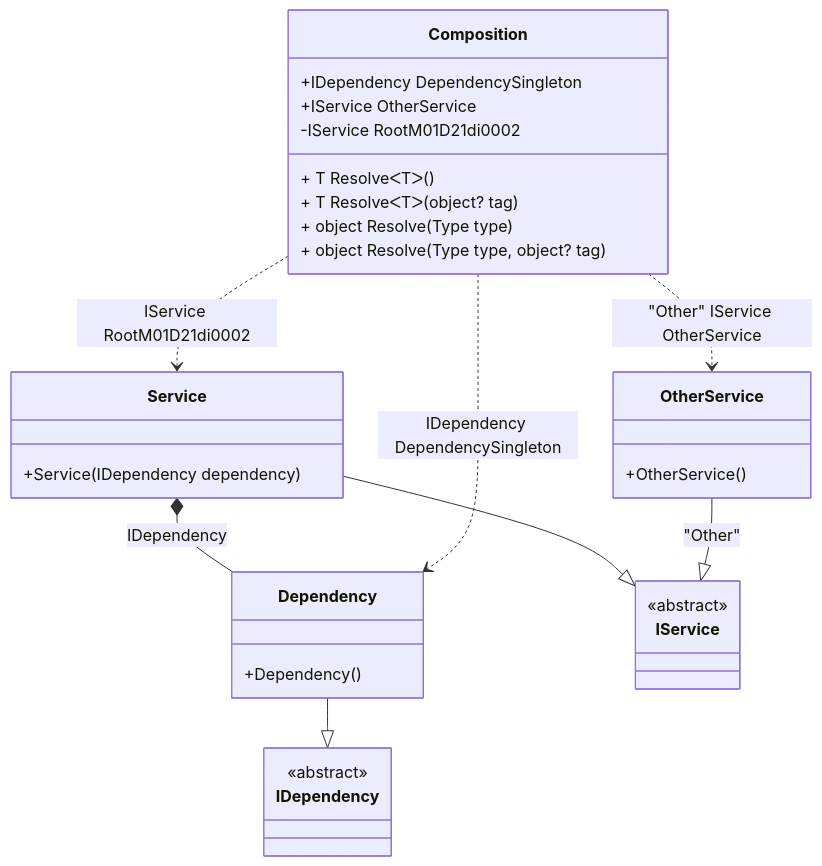
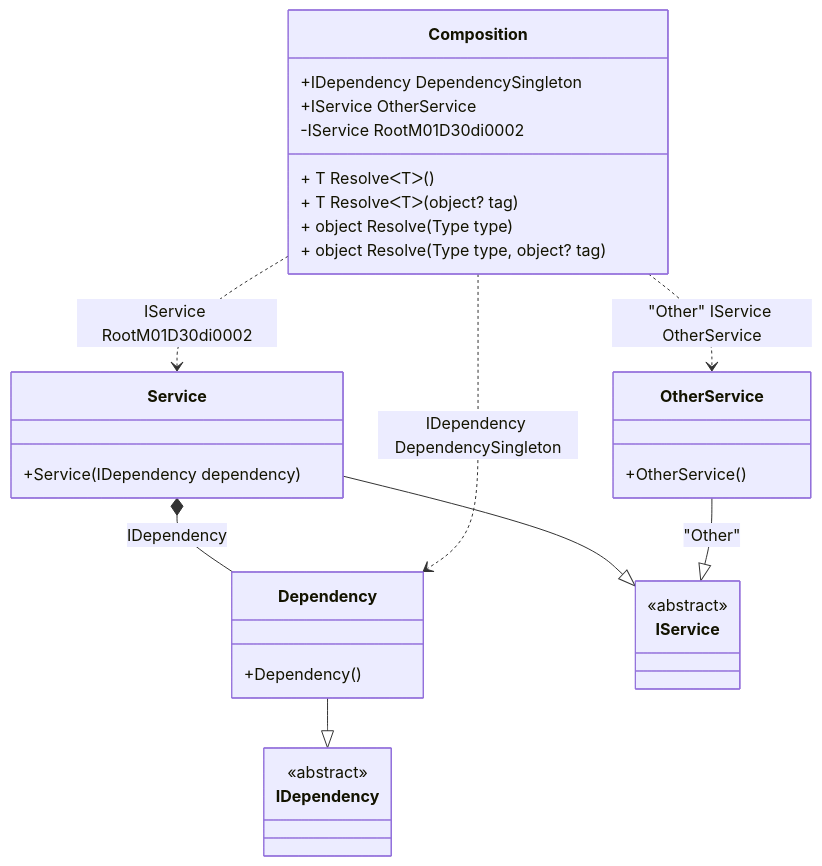
Before and after one commit to DevTeam/Pure.DI: the diagram in readme/resolve-methods.md, drawn with Mermaid. The commit also changed other lines of this file and 92 other files, not shown here.

````diff
--- a/readme/resolve-methods.md
+++ b/readme/resolve-methods.md
@@ -45,34 +43,34 @@
 ```mermaid
 classDiagram
   class Composition {
     +IDependency DependencySingleton
     +IService OtherService
-    -IService RootM01D21di0002
+    -IService RootM01D30di0002
     + T ResolveᐸTᐳ()
     + T ResolveᐸTᐳ(object? tag)
     + object Resolve(Type type)
     + object Resolve(Type type, object? tag)
   }
   Dependency --|> IDependency : 
   class Dependency {
     +Dependency()
   }
   Service --|> IService : 
   class Service {
     +Service(IDependency dependency)
   }
   OtherService --|> IService : "Other" 
   class OtherService {
     +OtherService()
   }
   class IDependency {
     <<abstract>>
   }
   class IService {
     <<abstract>>
   }
   Service *--  Dependency : IDependency
   Composition ..> Dependency : IDependency DependencySingleton
-  Composition ..> Service : IService RootM01D21di0002
+  Composition ..> Service : IService RootM01D30di0002
   Composition ..> OtherService : "Other" IService OtherService
 ```
````
